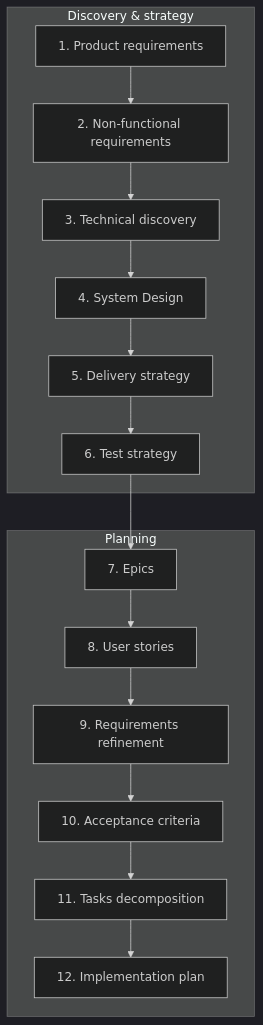
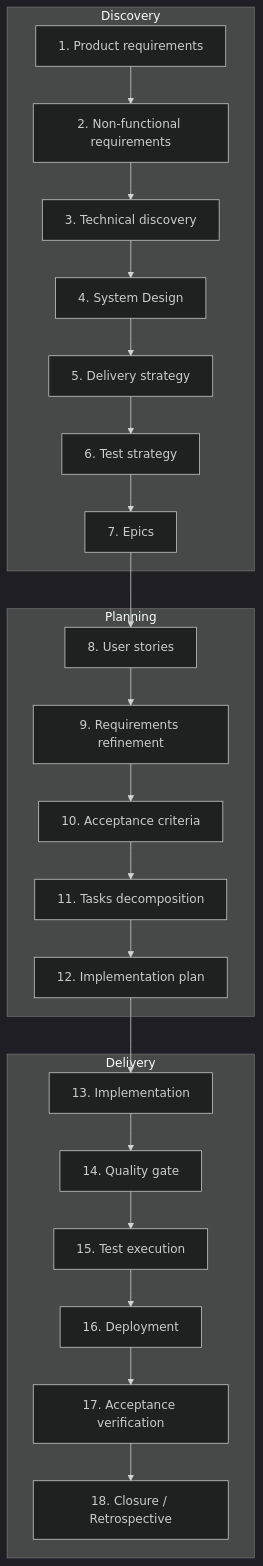
The diagram in docs/EP-104/PIPELINE.SPEC.md (asubbot/personal-assistant), drawn with Mermaid (dark theme) before and after one commit. The commit also changed other lines of this file and 3 other files, not shown here.

````diff
--- a/docs/EP-104/PIPELINE.SPEC.md
+++ b/docs/EP-104/PIPELINE.SPEC.md
@@ -13,22 +13,31 @@
 ```mermaid
 flowchart TB
-    subgraph discovery["Discovery & strategy"]
+    subgraph discovery["Discovery"]
         A[1. Product requirements]
         B[2. Non-functional requirements]
         C[3. Technical discovery]
         D[4. System Design]
         E[5. Delivery strategy]
         F[6. Test strategy]
+        G[7. Epics]
     end
 
     subgraph planning["Planning"]
-        G[7. Epics]
         H[8. User stories]
         I[9. Requirements refinement]
         J[10. Acceptance criteria]
         K[11. Tasks decomposition]
         L[12. Implementation plan]
     end
 
-    A --> B --> C --> D --> E --> F --> G --> H --> I --> J --> K --> L
+    subgraph delivery["Delivery"]
+        M[13. Implementation]
+        N[14. Quality gate]
+        O[15. Test execution]
+        P[16. Deployment]
+        Q[17. Acceptance verification]
+        R[18. Closure / Retrospective]
+    end
+
+    A --> B --> C --> D --> E --> F --> G --> H --> I --> J --> K --> L --> M --> N --> O --> P --> Q --> R
 ```
````
